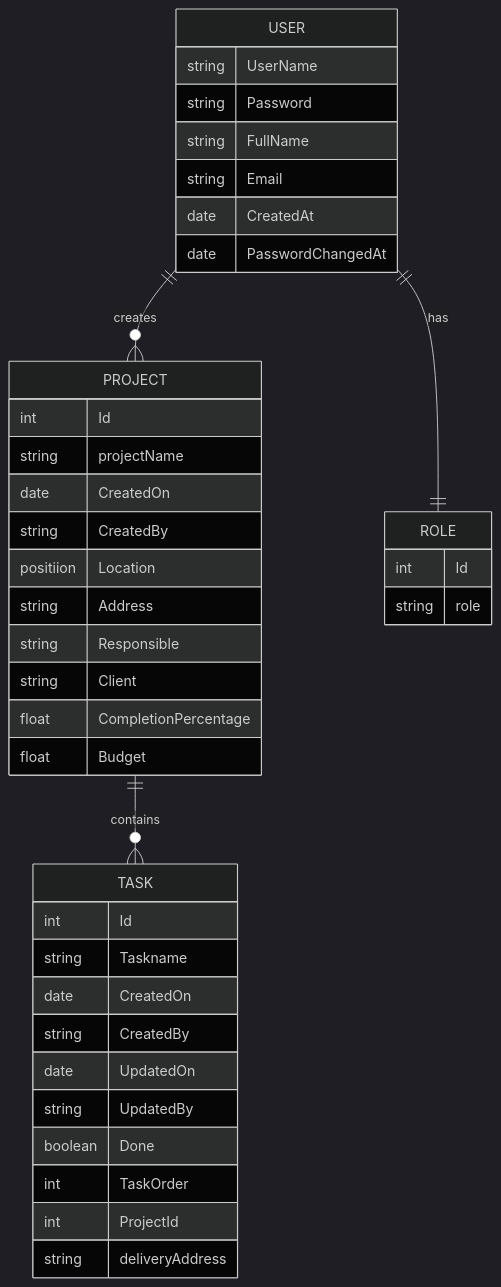
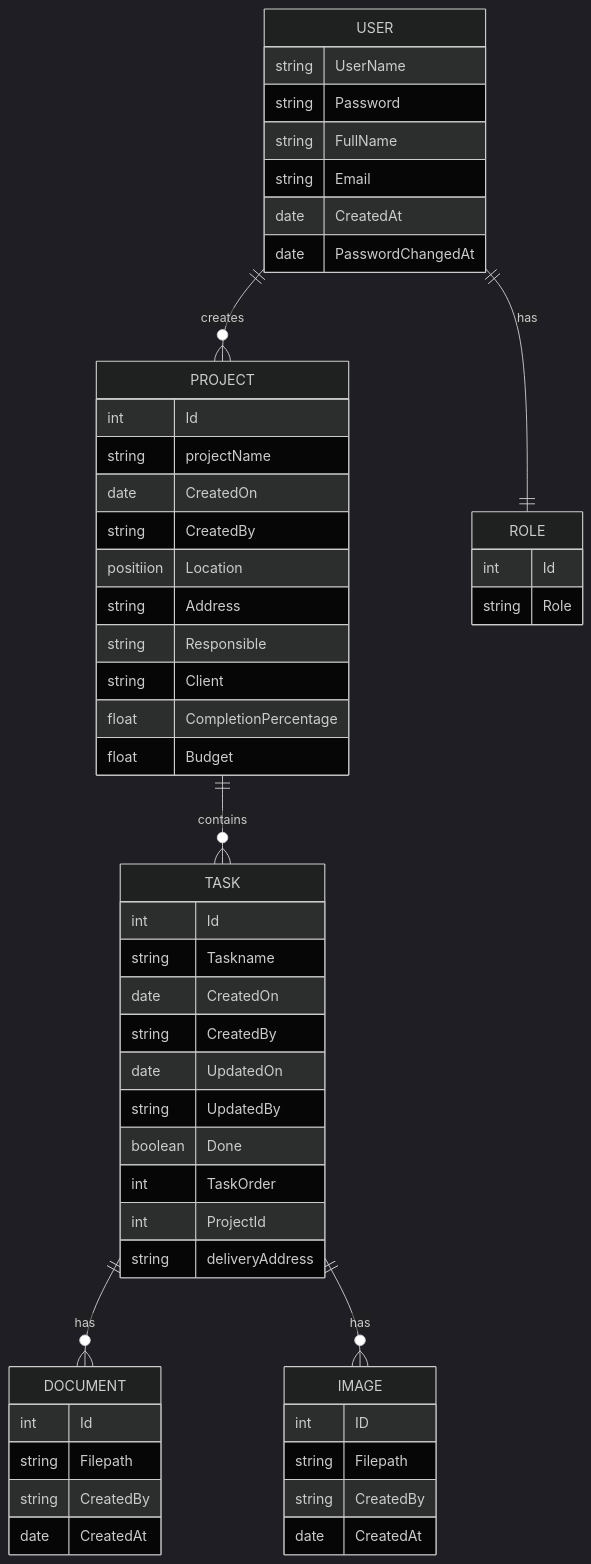
One commit to kamalbowselvam/chaintask changed the diagram in README.md. Above: the diagram before and after it, drawn with Mermaid (dark theme).

Commit message:
update ER diagram

````diff
--- a/README.md
+++ b/README.md
@@ -11,42 +11,56 @@
 ```mermaid
 erDiagram
     PROJECT ||--o{ TASK : contains
     USER ||--o{ PROJECT : creates
     USER ||--|| ROLE : has
+    TASK ||--o{ DOCUMENT : has
+    TASK ||--o{ IMAGE: has
     PROJECT {
         int Id
         string projectName
         date CreatedOn
         string CreatedBy
         positiion Location
         string Address
         string Responsible
         string Client
         float CompletionPercentage
         float Budget
     }
     TASK {
         int Id
         string Taskname
         date CreatedOn
         string CreatedBy
         date UpdatedOn
         string UpdatedBy
         boolean Done
         int TaskOrder
         int ProjectId
         string deliveryAddress
     }
     USER {
         string UserName
         string Password
         string FullName
         string Email
         date CreatedAt
         date PasswordChangedAt
     }
     ROLE {
         int Id
-        string role
+        string Role
+    }
+    DOCUMENT {
+        int Id
+        string Filepath
+        string CreatedBy 
+        date CreatedAt 
+    }
+    IMAGE {
+        int ID
+        string Filepath
+        string CreatedBy 
+        date CreatedAt 
     }
 ```
````
